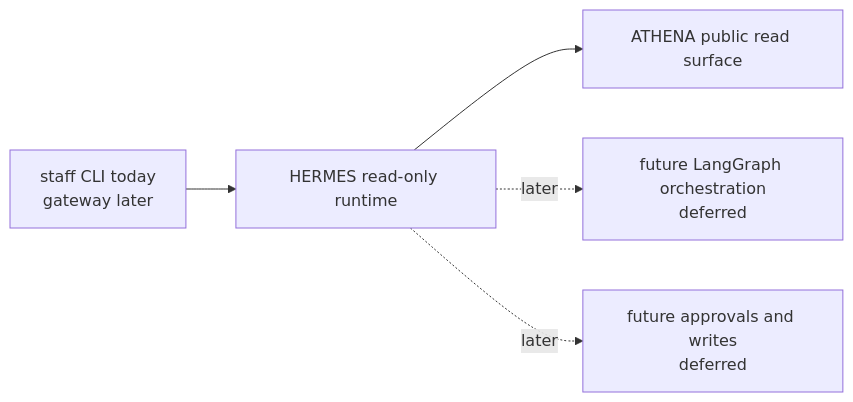
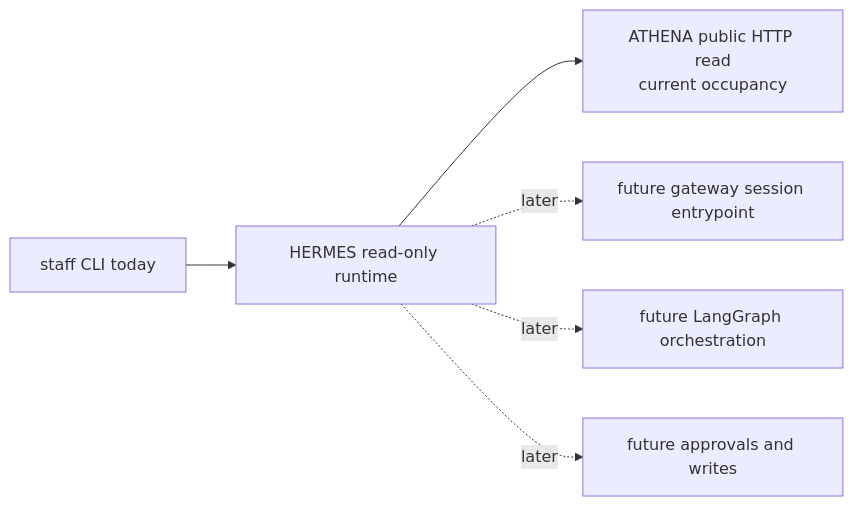
Before and after one commit to ixxet/hermes: the diagram in README.md, drawn with Mermaid. The commit also changed other lines of this file and 3 other files, not shown here.

````diff
--- a/README.md
+++ b/README.md
@@ -20,12 +37,14 @@
 ```mermaid
 flowchart LR
-  staff["staff CLI today<br/>gateway later"]
+  staff["staff CLI today"]
   hermes["HERMES read-only runtime"]
-  athena["ATHENA public read surface"]
-  writes["future approvals and writes<br/>deferred"]
-  agent["future LangGraph orchestration<br/>deferred"]
+  athena["ATHENA public HTTP read<br/>current occupancy"]
+  gateway["future gateway session entrypoint"]
+  writes["future approvals and writes"]
+  agent["future LangGraph orchestration"]
 
   staff --> hermes --> athena
+  hermes -. later .-> gateway
   hermes -. later .-> agent
   hermes -. later .-> writes
 ```
````
